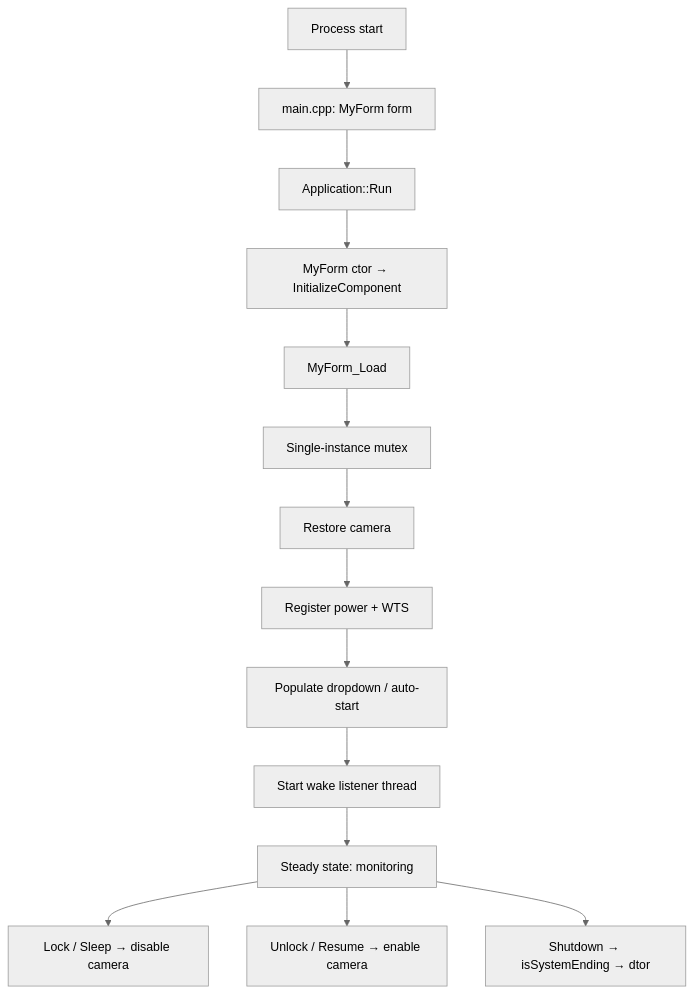
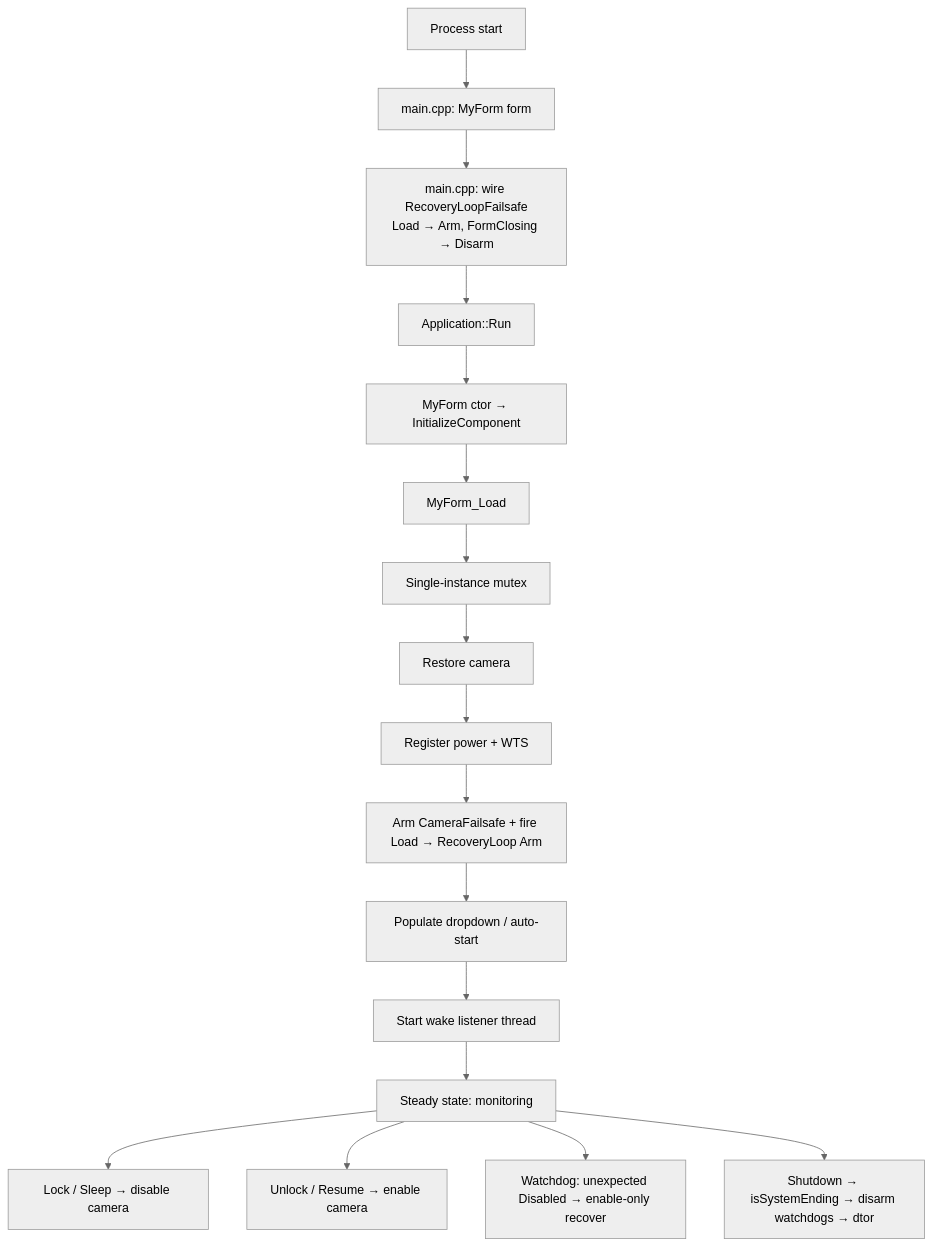
One commit to Shivu516/Windows-Hello-Fix changed the second of 4 diagrams in docs/ARCHITECTURE.md. Above: the diagram before and after it, drawn with Mermaid (neutral theme). The commit also changed other lines of this file and 15 other files, not shown here.

````diff
--- a/docs/ARCHITECTURE.md
+++ b/docs/ARCHITECTURE.md
@@ -52,16 +66,19 @@
 ```mermaid
 flowchart TD
     A[Process start] --> B[main.cpp: MyForm form]
-    B --> C[Application::Run]
+    B --> B2[main.cpp: wire RecoveryLoopFailsafe<br/>Load → Arm, FormClosing → Disarm]
+    B2 --> C[Application::Run]
     C --> D[MyForm ctor → InitializeComponent]
     D --> E[MyForm_Load]
     E --> F[Single-instance mutex]
     F --> G[Restore camera]
     G --> H[Register power + WTS]
-    H --> I[Populate dropdown / auto-start]
+    H --> H2[Arm CameraFailsafe + fire Load → RecoveryLoop Arm]
+    H2 --> I[Populate dropdown / auto-start]
     I --> J[Start wake listener thread]
     J --> K[Steady state: monitoring]
     K --> L[Lock / Sleep → disable camera]
     K --> M[Unlock / Resume → enable camera]
-    K --> N[Shutdown → isSystemEnding → dtor]
+    K --> N[Watchdog: unexpected Disabled → enable-only recover]
+    K --> O[Shutdown → isSystemEnding → disarm watchdogs → dtor]
 ```
````
